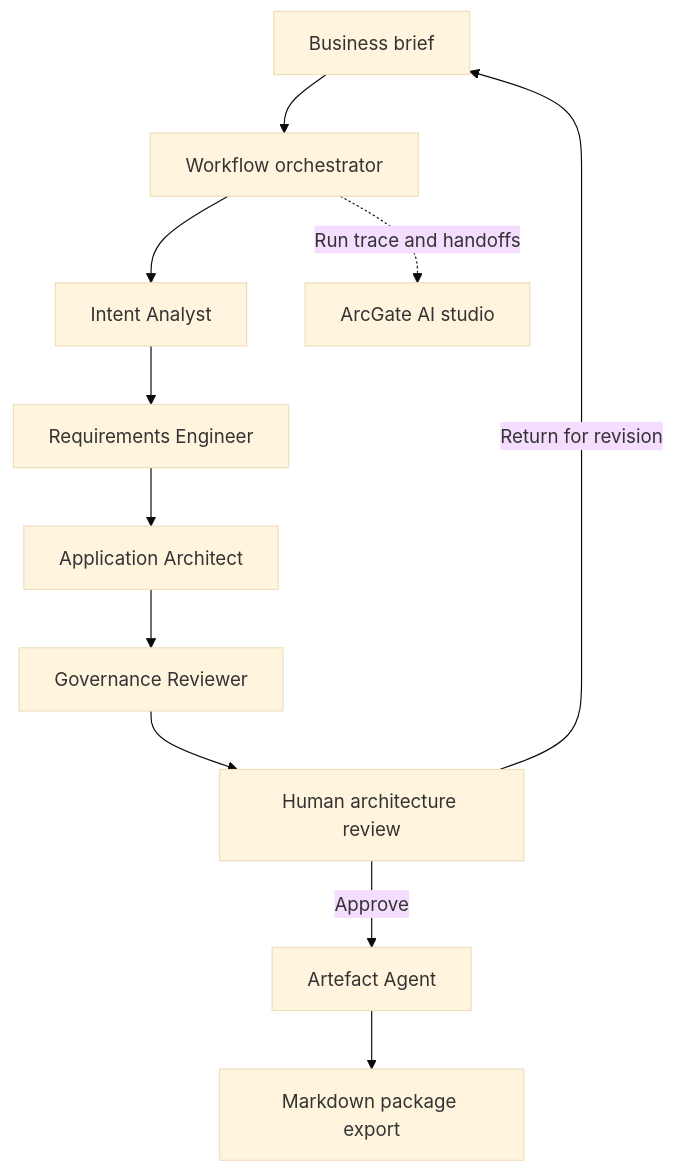
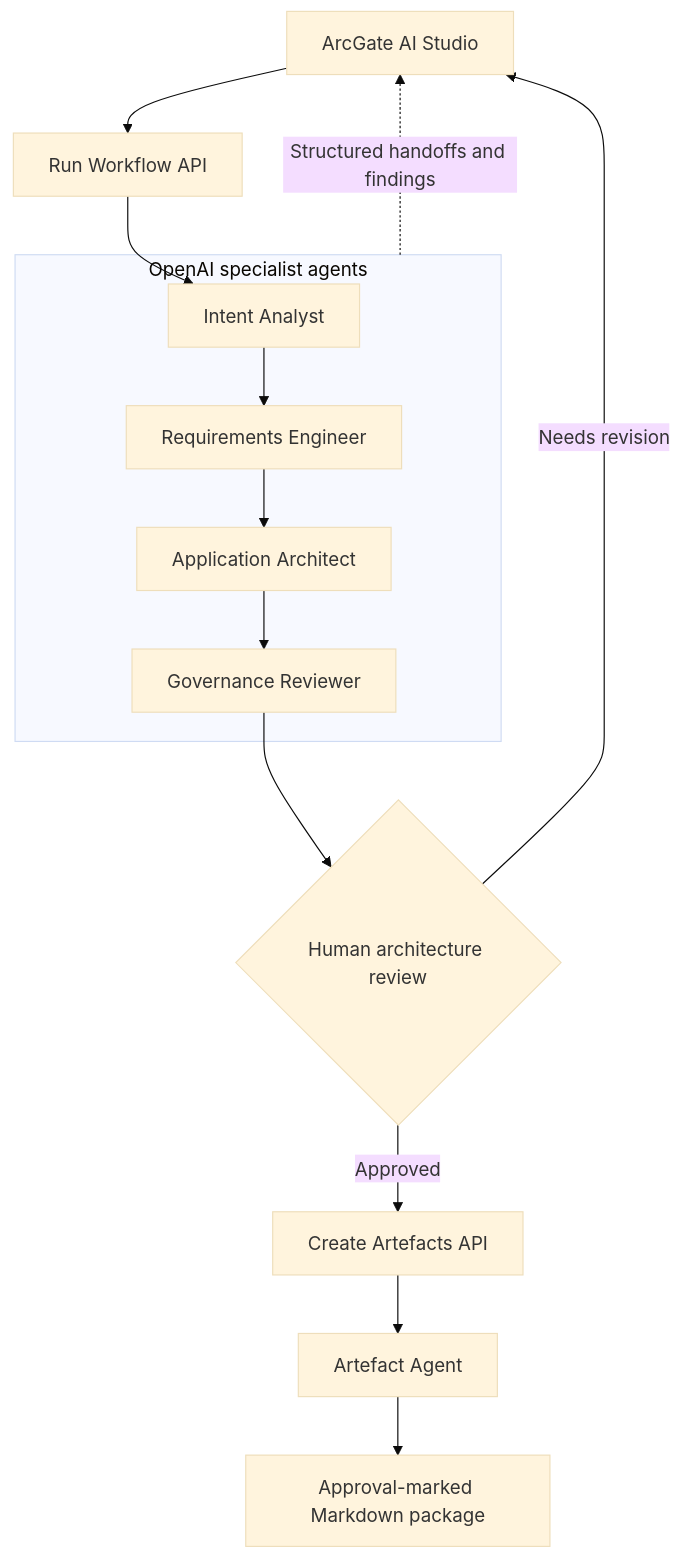
The diagram in README.md (nikhil-suryavanshi/ArcGate-AI), drawn with Mermaid (base theme) before and after one commit. The commit also changed other lines of this file, not shown here.

Commit message:
docs: clarify multi-agent workflow diagram

````diff
--- a/README.md
+++ b/README.md
@@ -20,13 +20,18 @@
 ```mermaid
 flowchart TB
-  U[Business brief] --> O[Workflow orchestrator]
-  O --> I[Intent Analyst]
-  I --> R[Requirements Engineer]
-  R --> A[Application Architect]
-  A --> G[Governance Reviewer]
-  G --> H[Human architecture review]
-  H -- Approve --> P[Artefact Agent]
-  P --> E[Markdown package export]
-  O -. Run trace and handoffs .-> UI[ArcGate AI studio]
-  H -- Return for revision --> U
+  UI[ArcGate AI Studio] --> O[Run Workflow API]
+  O --> I
+
+  subgraph AGENTS[OpenAI specialist agents]
+    I[Intent Analyst] --> R[Requirements Engineer]
+    R --> A[Application Architect]
+    A --> G[Governance Reviewer]
+  end
+
+  G --> H{Human architecture review}
+  H -- Approved --> C[Create Artefacts API]
+  C --> P[Artefact Agent]
+  P --> E[Approval-marked Markdown package]
+  H -- Needs revision --> UI
+  AGENTS -. Structured handoffs and findings .-> UI
 ```
````
